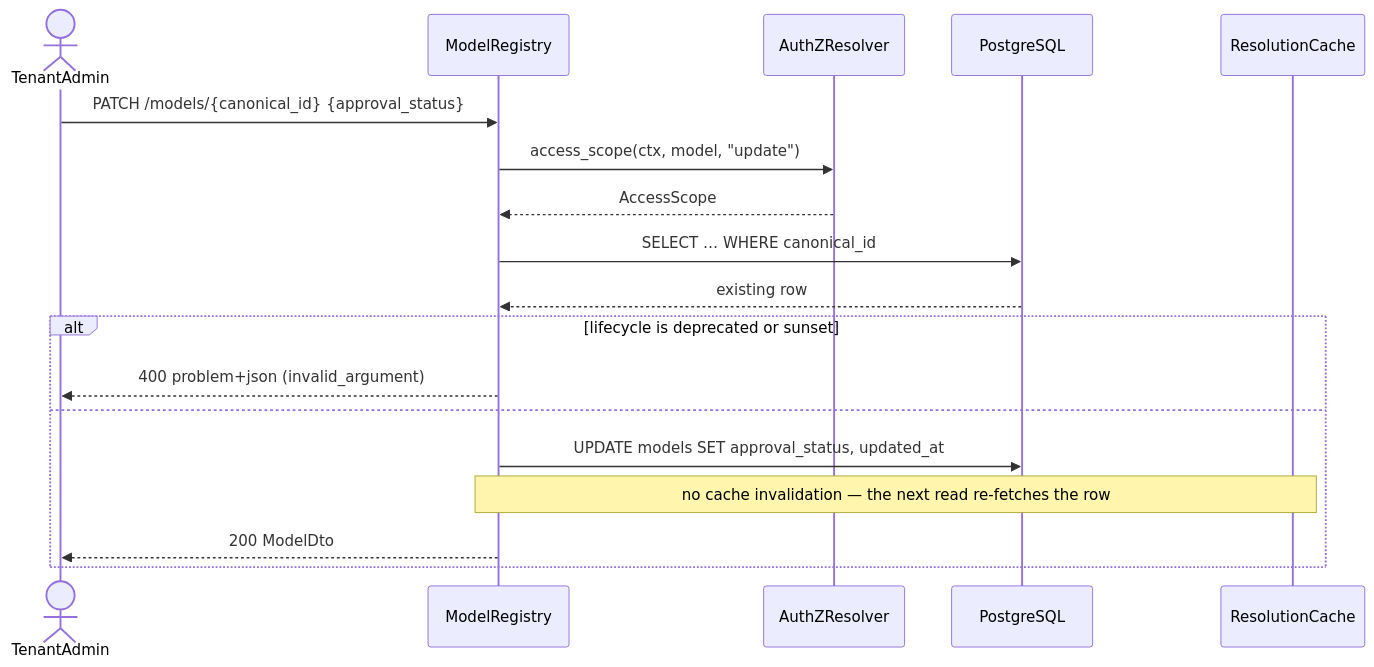
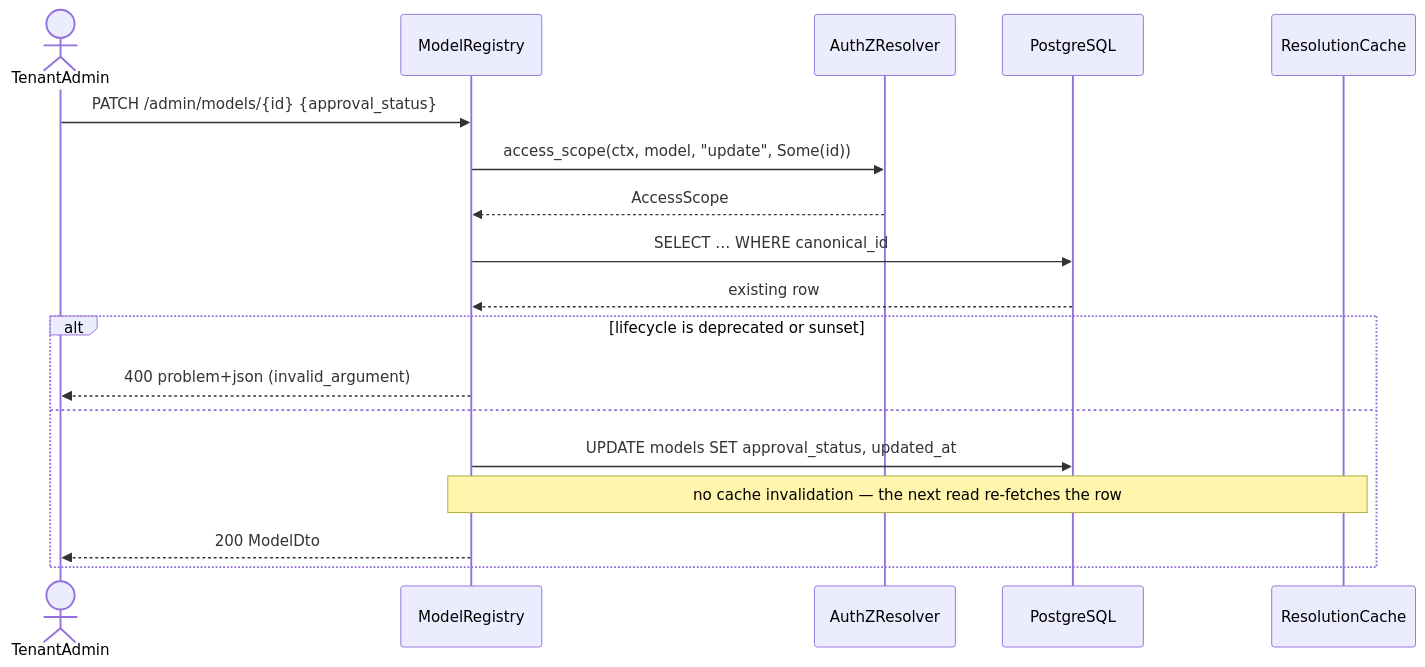
One commit to Qilin101/gears-rust changed the sixth of 9 diagrams in gears/model-registry/docs/DESIGN.md. Above: the diagram before and after it, drawn with Mermaid. The commit also changed other lines of this file and 2 other files, not shown here.

````diff
--- a/gears/model-registry/docs/DESIGN.md
+++ b/gears/model-registry/docs/DESIGN.md
@@ -1279,21 +1292,21 @@
 ```mermaid
 sequenceDiagram
     actor TenantAdmin
     participant MR as ModelRegistry
     participant PDP as AuthZResolver
     participant DB as PostgreSQL
     participant Cache as ResolutionCache
 
-    TenantAdmin->>MR: PATCH /models/{canonical_id} {approval_status}
-    MR->>PDP: access_scope(ctx, model, "update")
+    TenantAdmin->>MR: PATCH /admin/models/{id} {approval_status}
+    MR->>PDP: access_scope(ctx, model, "update", Some(id))
     PDP-->>MR: AccessScope
     MR->>DB: SELECT … WHERE canonical_id
     DB-->>MR: existing row
     alt lifecycle is deprecated or sunset
         MR-->>TenantAdmin: 400 problem+json (invalid_argument)
     else
         MR->>DB: UPDATE models SET approval_status, updated_at
         note over MR,Cache: no cache invalidation — the next read re-fetches the row
         MR-->>TenantAdmin: 200 ModelDto
     end
 ```
````
